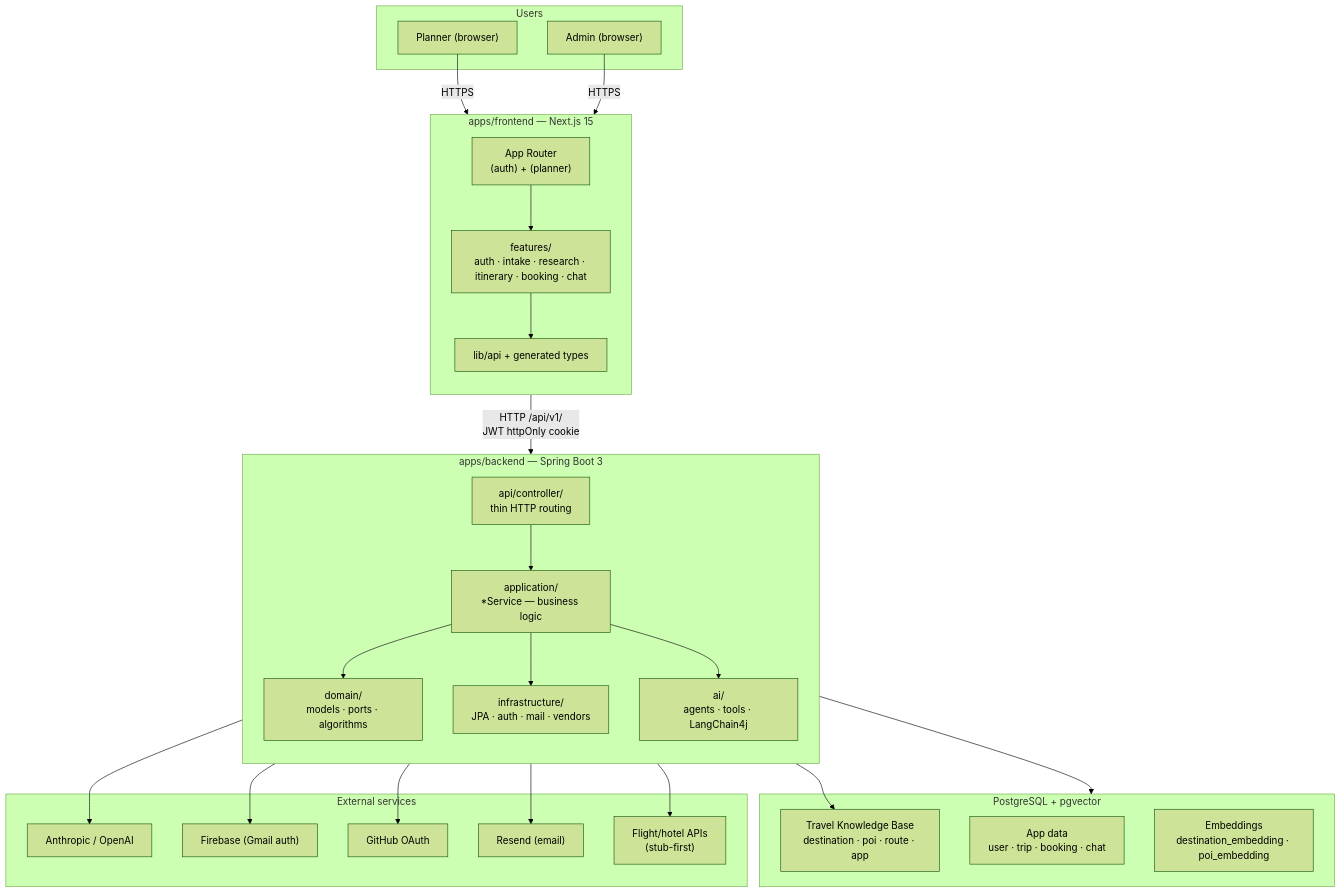
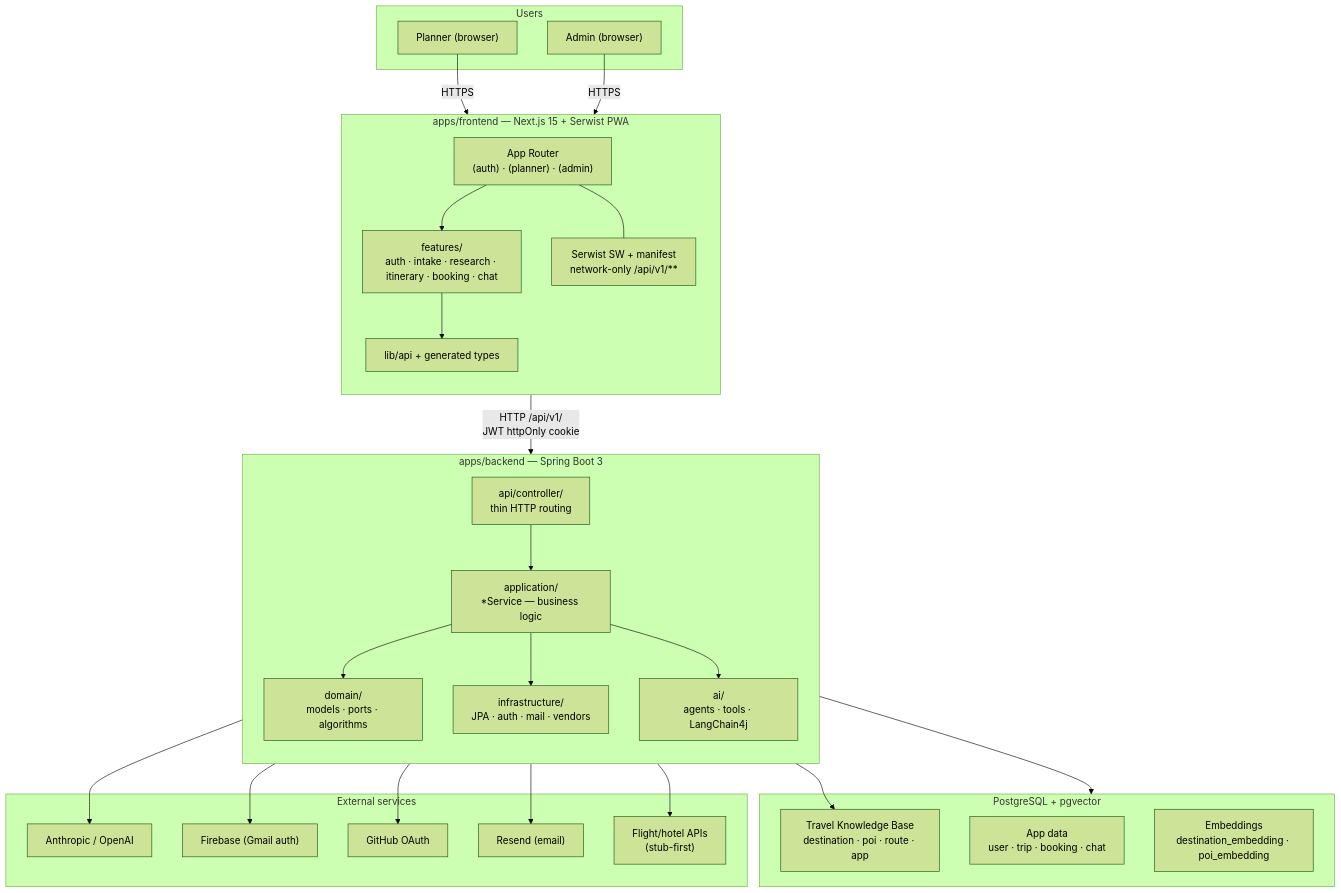
Before and after one commit to Voo6883/travel-planner: the first of 13 diagrams in docs/ARCHITECTURE-DIAGRAMS.md, drawn with Mermaid (forest theme). The commit also changed other lines of this file and 9 other files, not shown here.

````diff
--- a/docs/ARCHITECTURE-DIAGRAMS.md
+++ b/docs/ARCHITECTURE-DIAGRAMS.md
@@ -108,53 +108,55 @@
 ```mermaid
 flowchart TB
     subgraph Users["Users"]
         Planner["Planner (browser)"]
         Admin["Admin (browser)"]
     end
 
-    subgraph Frontend["apps/frontend — Next.js 15"]
+    subgraph Frontend["apps/frontend — Next.js 15 + Serwist PWA"]
         direction TB
-        AppRouter["App Router<br/>(auth) + (planner)"]
+        AppRouter["App Router<br/>(auth) · (planner) · (admin)"]
         Features["features/<br/>auth · intake · research · itinerary · booking · chat"]
         APIClient["lib/api + generated types"]
+        PWA["Serwist SW + manifest<br/>network-only /api/v1/**"]
         AppRouter --> Features --> APIClient
+        AppRouter --- PWA
     end
 
     subgraph Backend["apps/backend — Spring Boot 3"]
         direction TB
         Controllers["api/controller/<br/>thin HTTP routing"]
         Services["application/<br/>*Service — business logic"]
         Domain["domain/<br/>models · ports · algorithms"]
         Infra["infrastructure/<br/>JPA · auth · mail · vendors"]
         AI["ai/<br/>agents · tools · LangChain4j"]
         Controllers --> Services
         Services --> Domain
         Services --> Infra
         Services --> AI
     end
 
     subgraph Data["PostgreSQL + pgvector"]
         TKB["Travel Knowledge Base<br/>destination · poi · route · app"]
         AppData["App data<br/>user · trip · booking · chat"]
         Vectors["Embeddings<br/>destination_embedding · poi_embedding"]
     end
 
     subgraph External["External services"]
         LLM["Anthropic / OpenAI"]
         Firebase["Firebase (Gmail auth)"]
         GitHub["GitHub OAuth"]
         Resend["Resend (email)"]
         Vendors["Flight/hotel APIs<br/>(stub-first)"]
     end
 
     Planner -->|"HTTPS"| AppRouter
     Admin -->|"HTTPS"| AppRouter
     APIClient -->|"HTTP /api/v1/<br/>JWT httpOnly cookie"| Controllers
     Infra --> Data
     AI --> LLM
     AI --> TKB
     Infra --> Firebase
     Infra --> GitHub
     Infra --> Resend
     Infra --> Vendors
 ```
````
